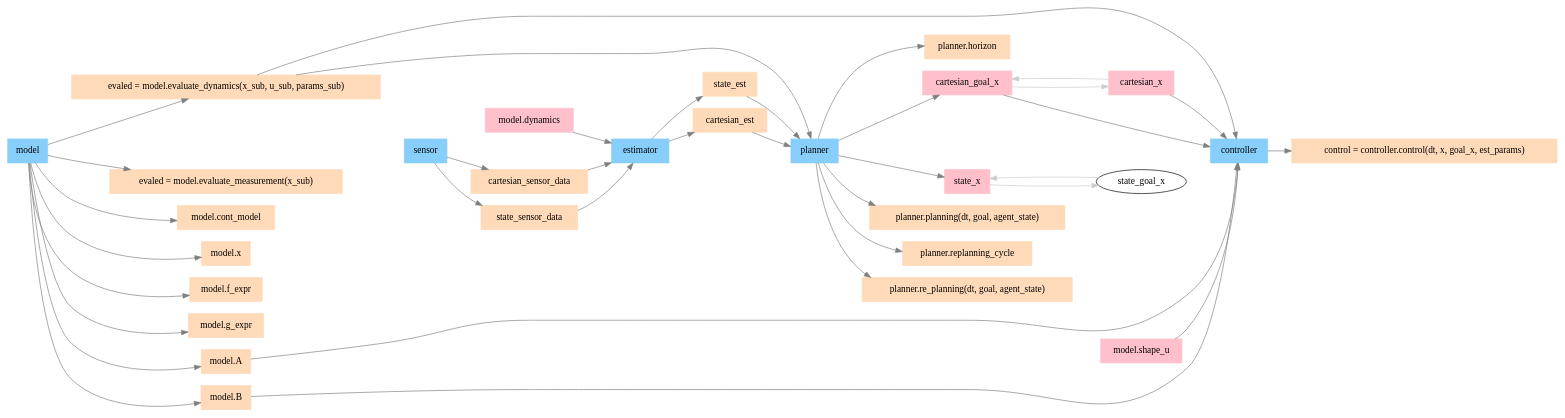
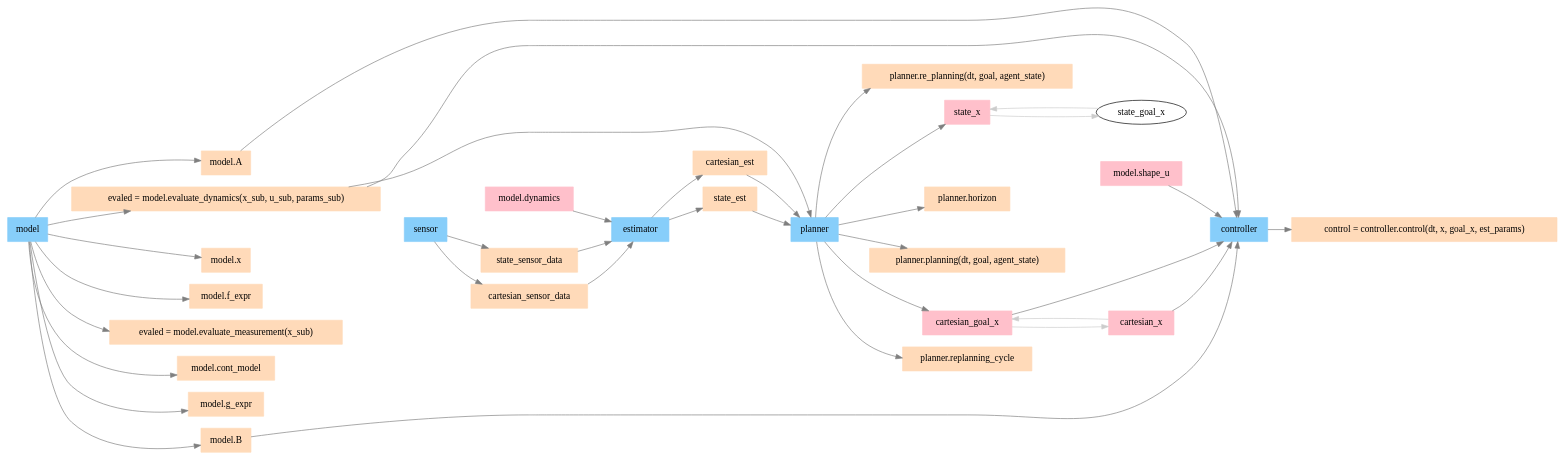
The diagram in img/deps.gv (intelligent-control-lab/Composable_Agent_Toolbox), drawn with Graphviz before and after one commit. The commit also changed other lines of this file and 23 other files, not shown here.

```diff
--- a/img/deps.gv
+++ b/img/deps.gv
@@ -1,126 +1,126 @@
 digraph G {
 	compound=true rankdir=LR
+	model [color=lightskyblue fillcolor=lightskyblue shape=box style=filled]
 	estimator [color=lightskyblue fillcolor=lightskyblue shape=box style=filled]
 	sensor [color=lightskyblue fillcolor=lightskyblue shape=box style=filled]
+	planner [color=lightskyblue fillcolor=lightskyblue shape=box style=filled]
 	controller [color=lightskyblue fillcolor=lightskyblue shape=box style=filled]
-	planner [color=lightskyblue fillcolor=lightskyblue shape=box style=filled]
-	model [color=lightskyblue fillcolor=lightskyblue shape=box style=filled]
+	"model.B" [color=peachpuff fillcolor=peachpuff shape=box style=filled]
+	cartesian_est [color=peachpuff fillcolor=peachpuff shape=box style=filled]
 	"evaled = model.evaluate_dynamics(x_sub, u_sub, params_sub)" [color=peachpuff fillcolor=peachpuff shape=box style=filled]
+	"planner.planning(dt, goal, agent_state)" [color=peachpuff fillcolor=peachpuff shape=box style=filled]
+	"model.shape_u" [color=peachpuff fillcolor=peachpuff shape=box style=filled]
+	state_sensor_data [color=peachpuff fillcolor=peachpuff shape=box style=filled]
+	"model.x" [color=peachpuff fillcolor=peachpuff shape=box style=filled]
+	cartesian_x [color=peachpuff fillcolor=peachpuff shape=box style=filled]
+	state_est [color=peachpuff fillcolor=peachpuff shape=box style=filled]
+	"model.dynamics" [color=peachpuff fillcolor=peachpuff shape=box style=filled]
+	cartesian_goal_x [color=peachpuff fillcolor=peachpuff shape=box style=filled]
+	"planner.replanning_cycle" [color=peachpuff fillcolor=peachpuff shape=box style=filled]
+	cartesian_sensor_data [color=peachpuff fillcolor=peachpuff shape=box style=filled]
+	"model.A" [color=peachpuff fillcolor=peachpuff shape=box style=filled]
+	"control = controller.control(dt, x, goal_x, est_params)" [color=peachpuff fillcolor=peachpuff shape=box style=filled]
+	"model.f_expr" [color=peachpuff fillcolor=peachpuff shape=box style=filled]
+	"planner.re_planning(dt, goal, agent_state)" [color=peachpuff fillcolor=peachpuff shape=box style=filled]
 	"evaled = model.evaluate_measurement(x_sub)" [color=peachpuff fillcolor=peachpuff shape=box style=filled]
-	state_est [color=peachpuff fillcolor=peachpuff shape=box style=filled]
-	"planner.planning(dt, goal, agent_state)" [color=peachpuff fillcolor=peachpuff shape=box style=filled]
 	"model.cont_model" [color=peachpuff fillcolor=peachpuff shape=box style=filled]
-	"planner.replanning_cycle" [color=peachpuff fillcolor=peachpuff shape=box style=filled]
-	"model.A" [color=peachpuff fillcolor=peachpuff shape=box style=filled]
-	"model.B" [color=peachpuff fillcolor=peachpuff shape=box style=filled]
-	"model.x" [color=peachpuff fillcolor=peachpuff shape=box style=filled]
+	"model.g_expr" [color=peachpuff fillcolor=peachpuff shape=box style=filled]
+	"planner.horizon" [color=peachpuff fillcolor=peachpuff shape=box style=filled]
 	state_x [color=peachpuff fillcolor=peachpuff shape=box style=filled]
-	"model.f_expr" [color=peachpuff fillcolor=peachpuff shape=box style=filled]
-	"model.dynamics" [color=peachpuff fillcolor=peachpuff shape=box style=filled]
-	cartesian_est [color=peachpuff fillcolor=peachpuff shape=box style=filled]
-	cartesian_sensor_data [color=peachpuff fillcolor=peachpuff shape=box style=filled]
-	"planner.re_planning(dt, goal, agent_state)" [color=peachpuff fillcolor=peachpuff shape=box style=filled]
-	"planner.horizon" [color=peachpuff fillcolor=peachpuff shape=box style=filled]
-	cartesian_goal_x [color=peachpuff fillcolor=peachpuff shape=box style=filled]
-	cartesian_x [color=peachpuff fillcolor=peachpuff shape=box style=filled]
-	"control = controller.control(dt, x, goal_x, est_params)" [color=peachpuff fillcolor=peachpuff shape=box style=filled]
-	"model.shape_u" [color=peachpuff fillcolor=peachpuff shape=box style=filled]
-	"model.g_expr" [color=peachpuff fillcolor=peachpuff shape=box style=filled]
-	state_sensor_data [color=peachpuff fillcolor=peachpuff shape=box style=filled]
+	"model.shape_u" [color=pink fillcolor=pink shape=box style=filled]
+	cartesian_x [color=pink fillcolor=pink shape=box style=filled]
 	"model.dynamics" [color=pink fillcolor=pink shape=box style=filled]
-	cartesian_x [color=pink fillcolor=pink shape=box style=filled]
-	"model.shape_u" [color=pink fillcolor=pink shape=box style=filled]
 	cartesian_goal_x [color=pink fillcolor=pink shape=box style=filled]
 	state_x [color=pink fillcolor=pink shape=box style=filled]
 	cartesian_x -> controller [color=gray50]
 	cartesian_goal_x -> controller [color=gray50]
 	"model.shape_u" -> controller [color=gray50]
 	"model.A" -> controller [color=gray50]
 	"model.B" -> controller [color=gray50]
 	"evaled = model.evaluate_dynamics(x_sub, u_sub, params_sub)" -> controller [color=gray50]
 	"evaled = model.evaluate_dynamics(x_sub, u_sub, params_sub)" -> planner [color=gray50]
 	controller -> "control = controller.control(dt, x, goal_x, est_params)" [color=gray50]
 	model -> "model.x" [color=gray50]
 	model -> "model.A" [color=gray50]
 	model -> "model.B" [color=gray50]
 	model -> "model.f_expr" [color=gray50]
 	model -> "model.g_expr" [color=gray50]
 	model -> "model.cont_model" [color=gray50]
 	model -> "evaled = model.evaluate_dynamics(x_sub, u_sub, params_sub)" [color=gray50]
 	model -> "evaled = model.evaluate_measurement(x_sub)" [color=gray50]
 	state_sensor_data -> estimator [color=gray50]
 	cartesian_sensor_data -> estimator [color=gray50]
 	"model.dynamics" -> estimator [color=gray50]
 	estimator -> cartesian_est [color=gray50]
 	estimator -> state_est [color=gray50]
 	sensor -> state_sensor_data [color=gray50]
 	sensor -> cartesian_sensor_data [color=gray50]
 	cartesian_est -> planner [color=gray50]
 	state_est -> planner [color=gray50]
 	planner -> state_x [color=gray50]
 	planner -> cartesian_goal_x [color=gray50]
 	planner -> "planner.horizon" [color=gray50]
 	planner -> "planner.replanning_cycle" [color=gray50]
 	planner -> "planner.planning(dt, goal, agent_state)" [color=gray50]
 	planner -> "planner.re_planning(dt, goal, agent_state)" [color=gray50]
 	cartesian_x -> cartesian_goal_x [color=gray80 weight=100]
 	cartesian_goal_x -> cartesian_x [color=gray80 weight=100]
 	state_x -> state_goal_x [color=gray80 weight=100]
 	state_goal_x -> state_x [color=gray80 weight=100]
 	model -> sensor [style=invis weight=1000]
 	sensor -> estimator [style=invis weight=1000]
 	estimator -> planner [style=invis weight=1000]
 	planner -> controller [style=invis weight=1000]
 	"model.x" -> sensor [style=invis]
 	"model.A" -> sensor [style=invis]
 	"model.B" -> sensor [style=invis]
 	"model.f_expr" -> sensor [style=invis]
 	"model.g_expr" -> sensor [style=invis]
 	"model.cont_model" -> sensor [style=invis]
 	"evaled = model.evaluate_dynamics(x_sub, u_sub, params_sub)" -> sensor [style=invis]
 	"evaled = model.evaluate_measurement(x_sub)" -> sensor [style=invis]
 	state_sensor_data -> estimator [style=invis]
 	cartesian_sensor_data -> estimator [style=invis]
 	cartesian_est -> planner [style=invis]
 	state_est -> planner [style=invis]
 	state_x -> controller [style=invis]
 	cartesian_goal_x -> controller [style=invis]
 	"planner.horizon" -> controller [style=invis]
 	"planner.replanning_cycle" -> controller [style=invis]
 	"planner.planning(dt, goal, agent_state)" -> controller [style=invis]
 	"planner.re_planning(dt, goal, agent_state)" -> controller [style=invis]
 	{
 		rank=same
 		"model.x"
 		"model.A"
 		"model.B"
 		"model.f_expr"
 		"model.g_expr"
 		"model.cont_model"
 		"evaled = model.evaluate_dynamics(x_sub, u_sub, params_sub)"
 		"evaled = model.evaluate_measurement(x_sub)"
 	}
 	{
 		rank=same
 		state_sensor_data
 		cartesian_sensor_data
 	}
 	{
 		rank=same
 		cartesian_est
 		state_est
 	}
 	{
 		rank=same
 		state_x
 		cartesian_goal_x
 		"planner.horizon"
 		"planner.replanning_cycle"
 		"planner.planning(dt, goal, agent_state)"
 		"planner.re_planning(dt, goal, agent_state)"
 	}
 	{
 		rank=same
 		"control = controller.control(dt, x, goal_x, est_params)"
 	}
 }
```
